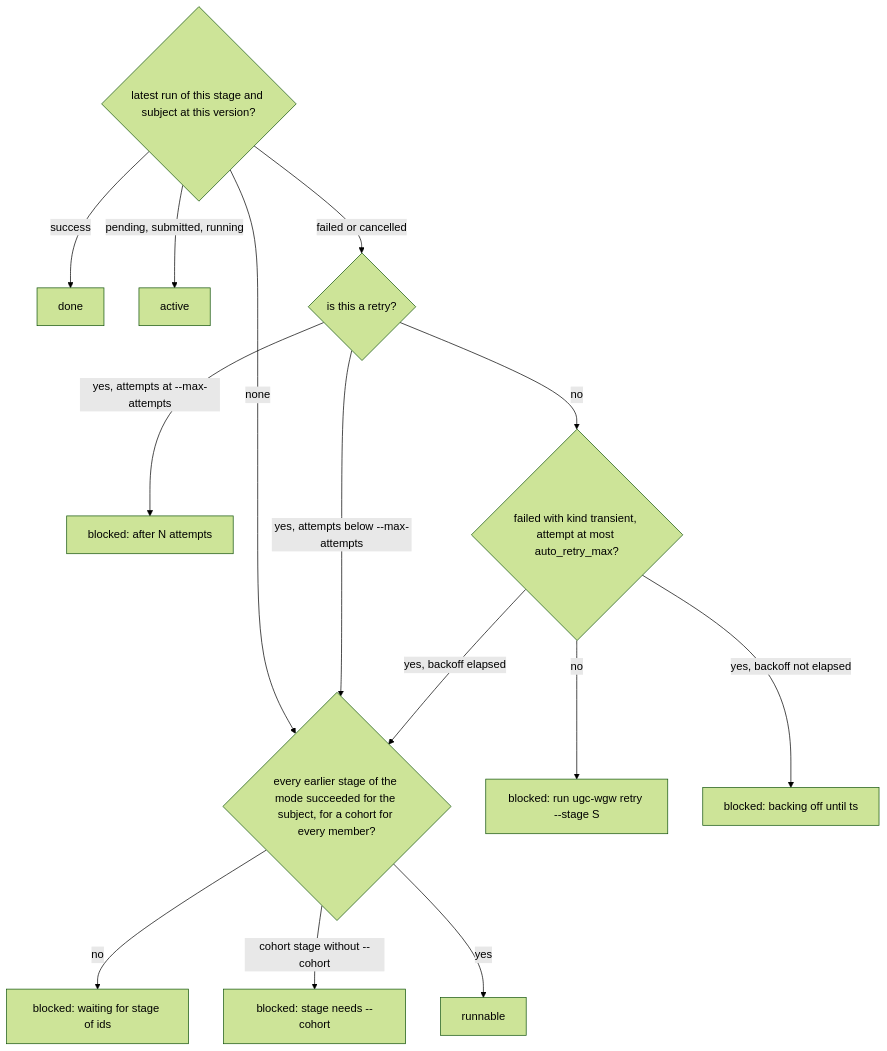
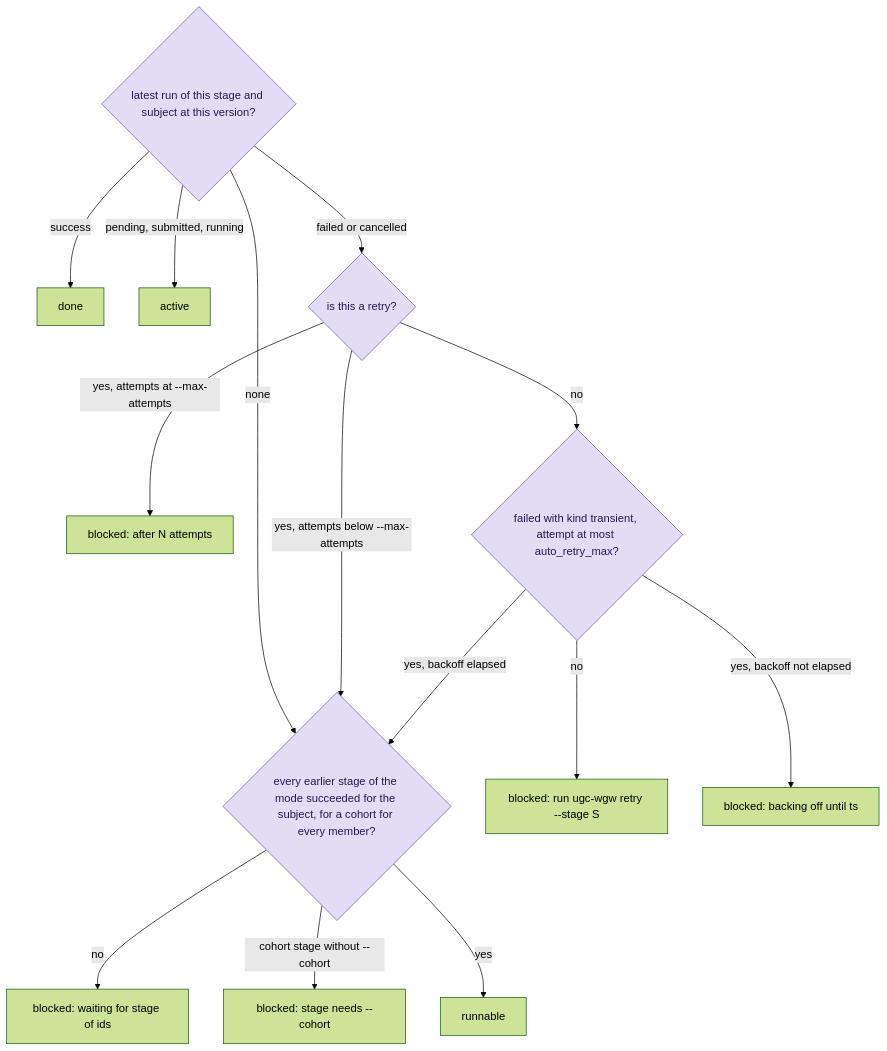
The fourth of 4 diagrams in docs/guide/06-running.md (UppsalaGenomeCenter/ugc-wgw), drawn with Mermaid (forest theme) before and after one commit. The commit also changed other lines of this file and 52 other files, not shown here.

````diff
--- a/docs/guide/06-running.md
+++ b/docs/guide/06-running.md
@@ -280,18 +280,19 @@
 ```mermaid
 flowchart TD
-  a{"latest run of this stage and subject at this version?"}
+  a{"latest run of this stage and subject at this version?"}:::decision
   a -->|"none"| p
   a -->|"success"| done["done"]
   a -->|"pending, submitted, running"| act["active"]
-  a -->|"failed or cancelled"| r{"is this a retry?"}
+  a -->|"failed or cancelled"| r{"is this a retry?"}:::decision
   r -->|"yes, attempts below --max-attempts"| p
   r -->|"yes, attempts at --max-attempts"| b2["blocked: after N attempts"]
-  r -->|"no"| t{"failed with kind transient, attempt at most auto_retry_max?"}
+  r -->|"no"| t{"failed with kind transient, attempt at most auto_retry_max?"}:::decision
   t -->|"no"| b1["blocked: run ugc-wgw retry --stage S"]
   t -->|"yes, backoff not elapsed"| b5["blocked: backing off until ts"]
   t -->|"yes, backoff elapsed"| p
-  p{"every earlier stage of the mode succeeded for the subject, for a cohort for every member?"}
+  p{"every earlier stage of the mode succeeded for the subject, for a cohort for every member?"}:::decision
   p -->|"no"| b3["blocked: waiting for stage of ids"]
   p -->|"cohort stage without --cohort"| b4["blocked: stage needs --cohort"]
   p -->|"yes"| run["runnable"]
+  classDef decision fill:#e3dcf5,stroke:#6b56b0,color:#241a4d
 ```
````
